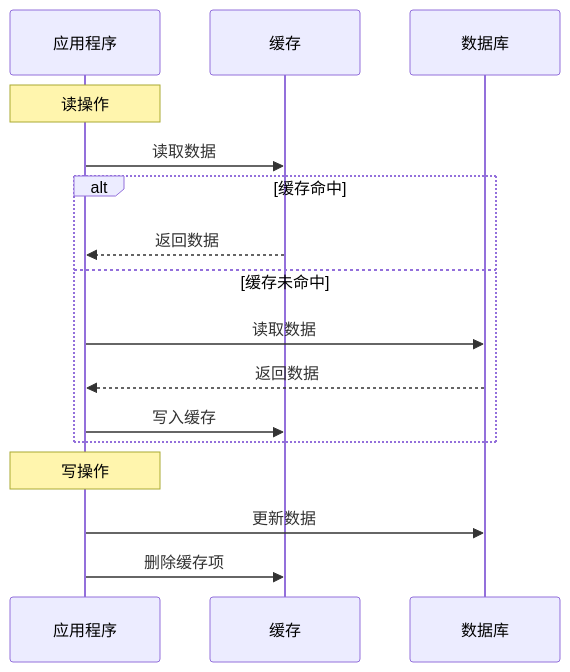
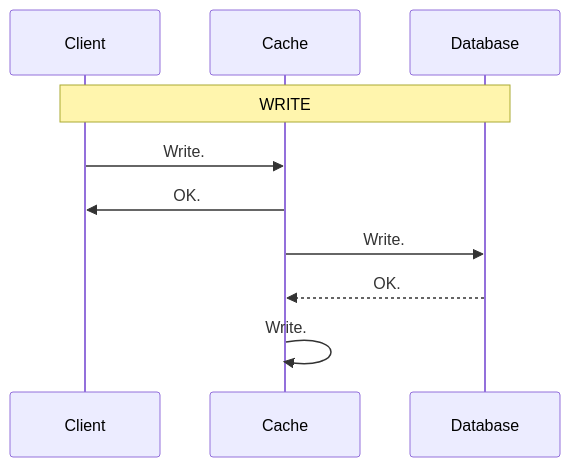
One commit to hnzhrh/obsidian-note changed the seventh of 9 diagrams in permanent-notes/redis/数据库和缓存如何保持数据一致性？.md. Above: the diagram before and after it, drawn with Mermaid. The commit also changed other lines of this file and 39 other files, not shown here.

````diff
--- a/permanent-notes/redis/数据库和缓存如何保持数据一致性？.md
+++ b/permanent-notes/redis/数据库和缓存如何保持数据一致性？.md
@@ -32,20 +178,13 @@
 ```mermaid
 sequenceDiagram
-    participant App as 应用程序
-    participant Cache as 缓存
-    participant DB as 数据库
+    participant Client
+    participant Cache
+    participant Database
 
-    Note over App: 读操作
-    App->>Cache: 读取数据
-    alt 缓存命中
-        Cache-->>App: 返回数据
-    else 缓存未命中
-        App->>DB: 读取数据
-        DB-->>App: 返回数据
-        App->>Cache: 写入缓存
-    end
-
-    Note over App: 写操作
-    App->>DB: 更新数据
-    App->>Cache: 删除缓存项
+	Note over Client,Database: WRITE
+	Client ->> Cache: Write.
+	Cache ->> Client: OK.
+	Cache ->> Database: Write.
+	Database -->> Cache: OK.
+	Cache ->> Cache: Write.
 ```
````
